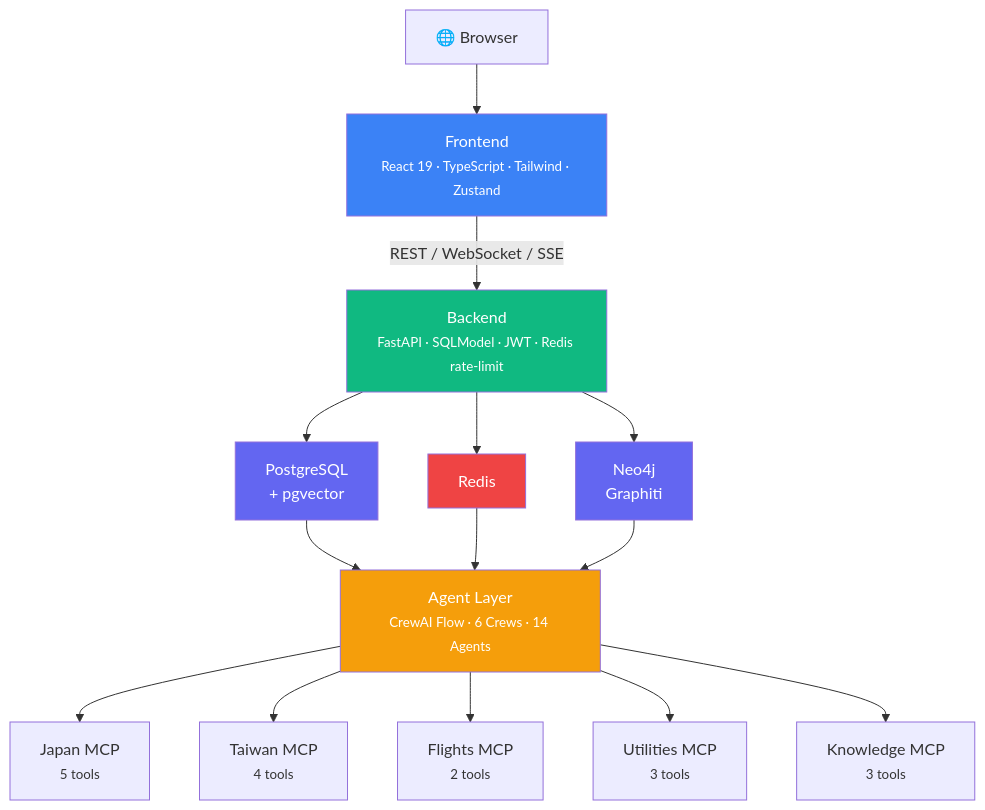
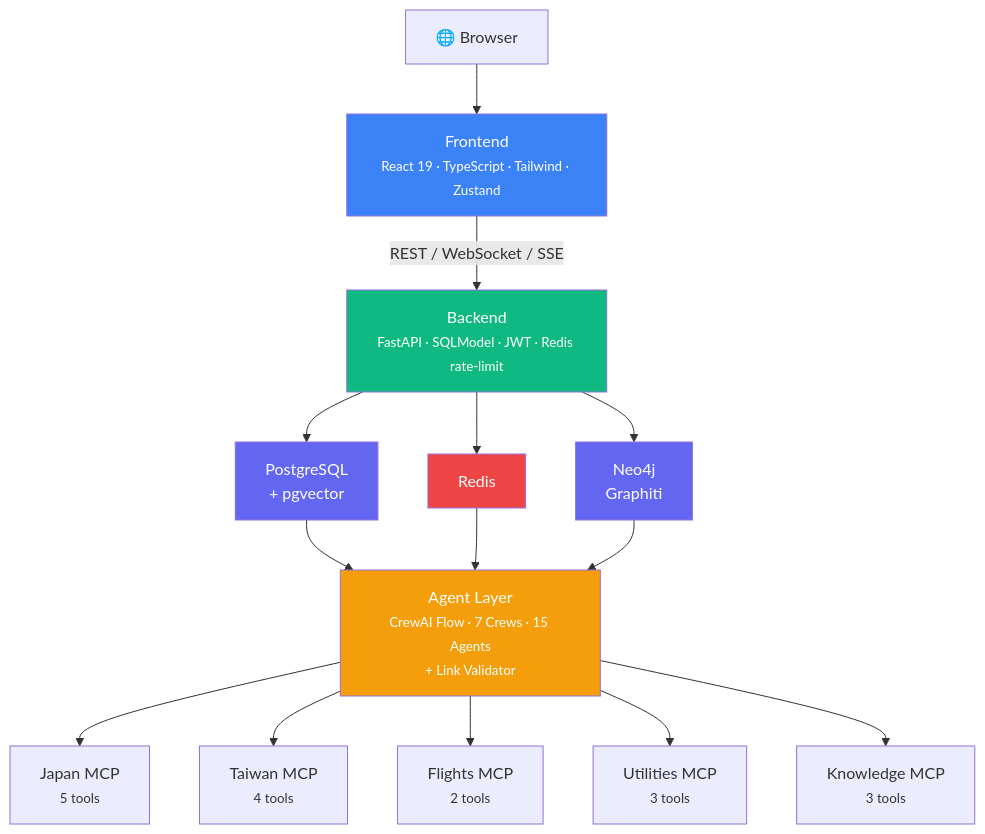
The first of 6 diagrams in README.md (osisdie/your-trip-crew), drawn with Mermaid before and after one commit. The commit also changed other lines of this file and 50 other files, not shown here.

````diff
--- a/README.md
+++ b/README.md
@@ -15,28 +29,28 @@
 ```mermaid
 graph TD
     Browser["🌐 Browser"]
     Frontend["Frontend<br/><small>React 19 · TypeScript · Tailwind · Zustand</small>"]
     Backend["Backend<br/><small>FastAPI · SQLModel · JWT · Redis rate-limit</small>"]
     Postgres["PostgreSQL<br/>+ pgvector"]
     Redis["Redis"]
     Neo4j["Neo4j<br/>Graphiti"]
-    Agents["Agent Layer<br/><small>CrewAI Flow · 6 Crews · 14 Agents</small>"]
+    Agents["Agent Layer<br/><small>CrewAI Flow · 7 Crews · 15 Agents<br/>+ Link Validator</small>"]
     MCP1["Japan MCP<br/><small>5 tools</small>"]
     MCP2["Taiwan MCP<br/><small>4 tools</small>"]
     MCP3["Flights MCP<br/><small>2 tools</small>"]
     MCP4["Utilities MCP<br/><small>3 tools</small>"]
     MCP5["Knowledge MCP<br/><small>3 tools</small>"]
 
     Browser --> Frontend
     Frontend -- "REST / WebSocket / SSE" --> Backend
     Backend --> Postgres & Redis & Neo4j
     Postgres & Redis & Neo4j --> Agents
     Agents --> MCP1 & MCP2 & MCP3 & MCP4 & MCP5
 
     style Frontend fill:#3b82f6,color:#fff
     style Backend fill:#10b981,color:#fff
     style Agents fill:#f59e0b,color:#fff
     style Postgres fill:#6366f1,color:#fff
     style Redis fill:#ef4444,color:#fff
     style Neo4j fill:#6366f1,color:#fff
 ```
````
